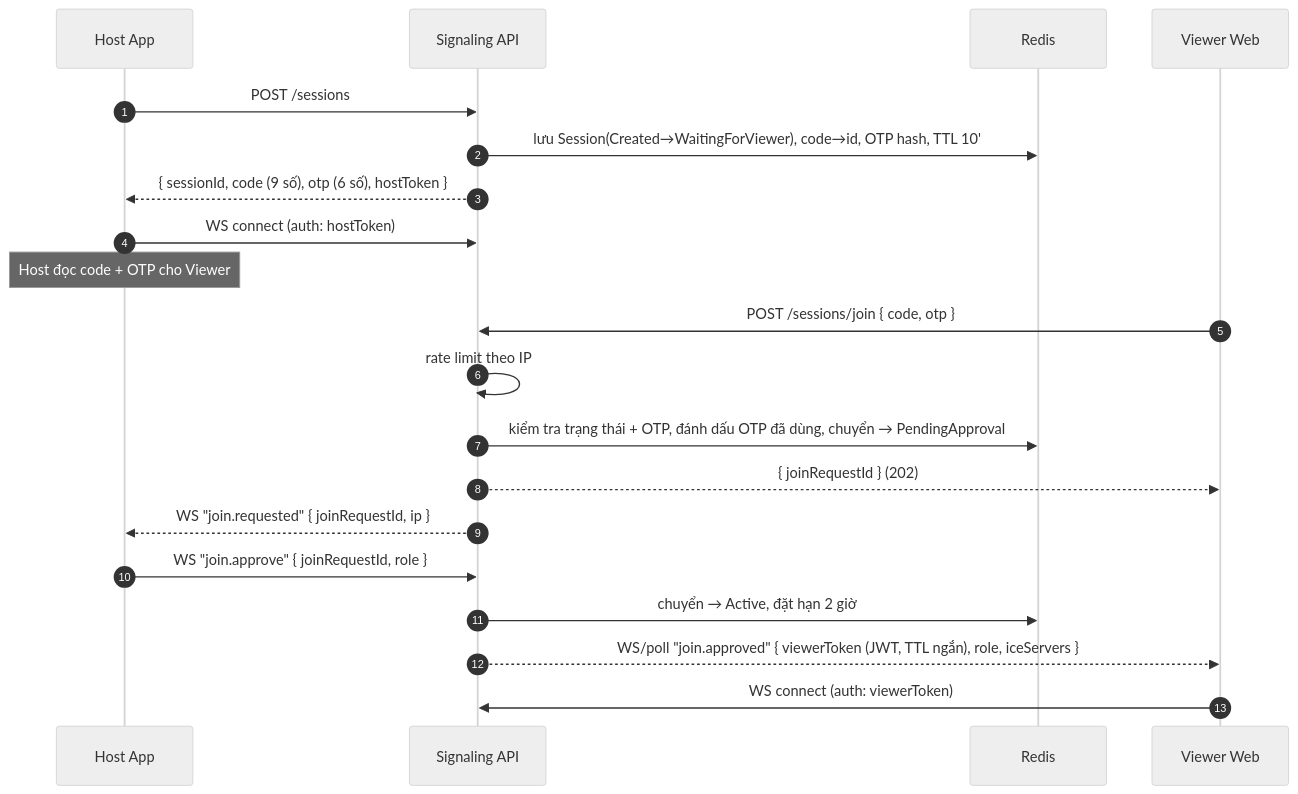
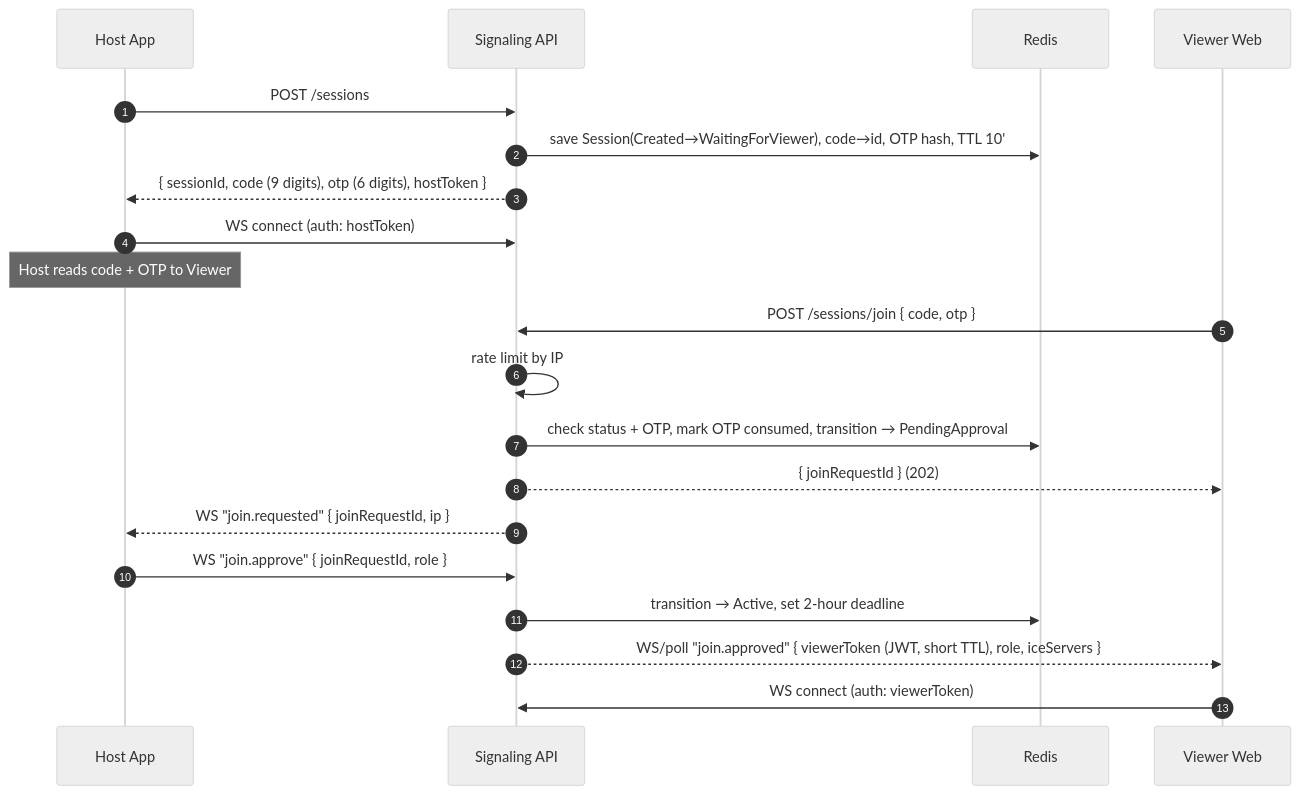
Before and after one commit to dunguyen-311201/PBL4: the third of 7 diagrams in docs/01-hld.md, drawn with Mermaid (neutral theme). The commit also changed other lines of this file and 4 other files, not shown here.

````diff
--- a/docs/01-hld.md
+++ b/docs/01-hld.md
@@ -74,24 +74,24 @@
 ```mermaid
 sequenceDiagram
     autonumber
     participant H as Host App
     participant A as Signaling API
     participant R as Redis
     participant V as Viewer Web
 
     H->>A: POST /sessions
-    A->>R: lưu Session(Created→WaitingForViewer), code→id, OTP hash, TTL 10'
-    A-->>H: { sessionId, code (9 số), otp (6 số), hostToken }
+    A->>R: save Session(Created→WaitingForViewer), code→id, OTP hash, TTL 10'
+    A-->>H: { sessionId, code (9 digits), otp (6 digits), hostToken }
     H->>A: WS connect (auth: hostToken)
-    Note over H: Host đọc code + OTP cho Viewer
+    Note over H: Host reads code + OTP to Viewer
 
     V->>A: POST /sessions/join { code, otp }
-    A->>A: rate limit theo IP
-    A->>R: kiểm tra trạng thái + OTP, đánh dấu OTP đã dùng, chuyển → PendingApproval
+    A->>A: rate limit by IP
+    A->>R: check status + OTP, mark OTP consumed, transition → PendingApproval
     A-->>V: { joinRequestId } (202)
     A-->>H: WS "join.requested" { joinRequestId, ip }
     H->>A: WS "join.approve" { joinRequestId, role }
-    A->>R: chuyển → Active, đặt hạn 2 giờ
-    A-->>V: WS/poll "join.approved" { viewerToken (JWT, TTL ngắn), role, iceServers }
+    A->>R: transition → Active, set 2-hour deadline
+    A-->>V: WS/poll "join.approved" { viewerToken (JWT, short TTL), role, iceServers }
     V->>A: WS connect (auth: viewerToken)
 ```
````
